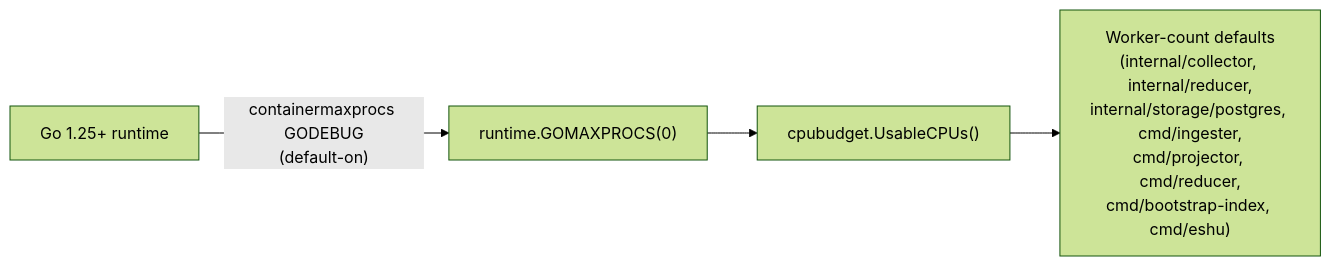
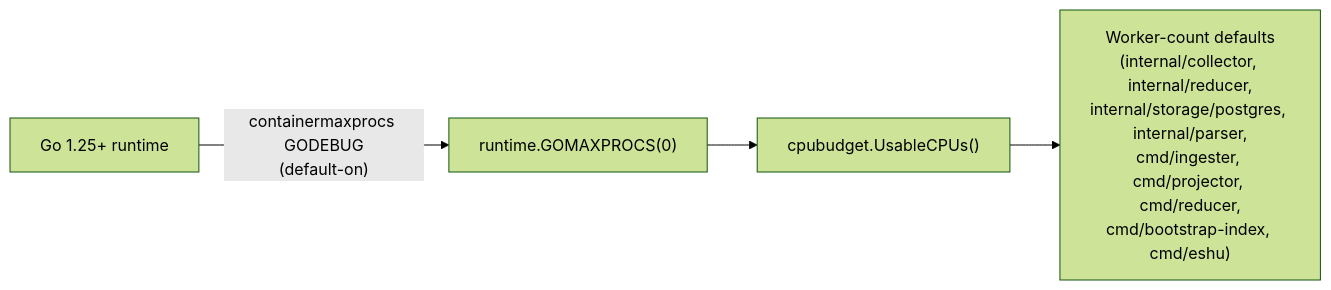
Before and after one commit to eshu-hq/eshu: the diagram in go/internal/cpubudget/README.md, drawn with Mermaid (forest theme). The commit also changed other lines of this file and 5 other files, not shown here.

Commit message:
perf(parser): route go_package_interface_prescan worker sizing through cpubudget.UsableCPUs() (#4759)

````diff
--- a/go/internal/cpubudget/README.md
+++ b/go/internal/cpubudget/README.md
@@ -23,6 +23,6 @@
 ```mermaid
 flowchart LR
   A["Go 1.25+ runtime"] -->|"containermaxprocs GODEBUG\n(default-on)"| B["runtime.GOMAXPROCS(0)"]
   B --> C["cpubudget.UsableCPUs()"]
-  C --> D["Worker-count defaults\n(internal/collector, internal/reducer,\ninternal/storage/postgres, cmd/ingester,\ncmd/projector, cmd/reducer,\ncmd/bootstrap-index, cmd/eshu)"]
+  C --> D["Worker-count defaults\n(internal/collector, internal/reducer,\ninternal/storage/postgres, internal/parser,\ncmd/ingester, cmd/projector, cmd/reducer,\ncmd/bootstrap-index, cmd/eshu)"]
 ```
````
